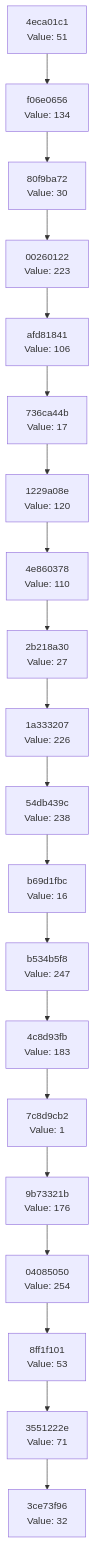
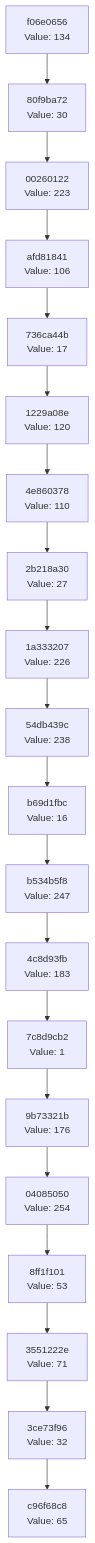
One commit to Abhisheksinha1506/hash-chain-evolver changed the diagram in docs/CHAIN_VISUALIZATION.md. Above: the diagram before and after it, drawn with Mermaid. The commit also changed 2 other files, not shown here.

Commit message:
Evolution Step

````diff
--- a/docs/CHAIN_VISUALIZATION.md
+++ b/docs/CHAIN_VISUALIZATION.md
@@ -3,42 +3,42 @@
 ```mermaid
 graph TD
-    C0["3ce73f96<br/>Value: 32"]
-    C1["3551222e<br/>Value: 71"]
+    C0["c96f68c8<br/>Value: 65"]
+    C1["3ce73f96<br/>Value: 32"]
     C1 --> C0
-    C2["8ff1f101<br/>Value: 53"]
+    C2["3551222e<br/>Value: 71"]
     C2 --> C1
-    C3["04085050<br/>Value: 254"]
+    C3["8ff1f101<br/>Value: 53"]
     C3 --> C2
-    C4["9b73321b<br/>Value: 176"]
+    C4["04085050<br/>Value: 254"]
     C4 --> C3
-    C5["7c8d9cb2<br/>Value: 1"]
+    C5["9b73321b<br/>Value: 176"]
     C5 --> C4
-    C6["4c8d93fb<br/>Value: 183"]
+    C6["7c8d9cb2<br/>Value: 1"]
     C6 --> C5
-    C7["b534b5f8<br/>Value: 247"]
+    C7["4c8d93fb<br/>Value: 183"]
     C7 --> C6
-    C8["b69d1fbc<br/>Value: 16"]
+    C8["b534b5f8<br/>Value: 247"]
     C8 --> C7
-    C9["54db439c<br/>Value: 238"]
+    C9["b69d1fbc<br/>Value: 16"]
     C9 --> C8
-    C10["1a333207<br/>Value: 226"]
+    C10["54db439c<br/>Value: 238"]
     C10 --> C9
-    C11["2b218a30<br/>Value: 27"]
+    C11["1a333207<br/>Value: 226"]
     C11 --> C10
-    C12["4e860378<br/>Value: 110"]
+    C12["2b218a30<br/>Value: 27"]
     C12 --> C11
-    C13["1229a08e<br/>Value: 120"]
+    C13["4e860378<br/>Value: 110"]
     C13 --> C12
-    C14["736ca44b<br/>Value: 17"]
+    C14["1229a08e<br/>Value: 120"]
     C14 --> C13
-    C15["afd81841<br/>Value: 106"]
+    C15["736ca44b<br/>Value: 17"]
     C15 --> C14
-    C16["00260122<br/>Value: 223"]
+    C16["afd81841<br/>Value: 106"]
     C16 --> C15
-    C17["80f9ba72<br/>Value: 30"]
+    C17["00260122<br/>Value: 223"]
     C17 --> C16
-    C18["f06e0656<br/>Value: 134"]
+    C18["80f9ba72<br/>Value: 30"]
     C18 --> C17
-    C19["4eca01c1<br/>Value: 51"]
+    C19["f06e0656<br/>Value: 134"]
     C19 --> C18
 ```
````
